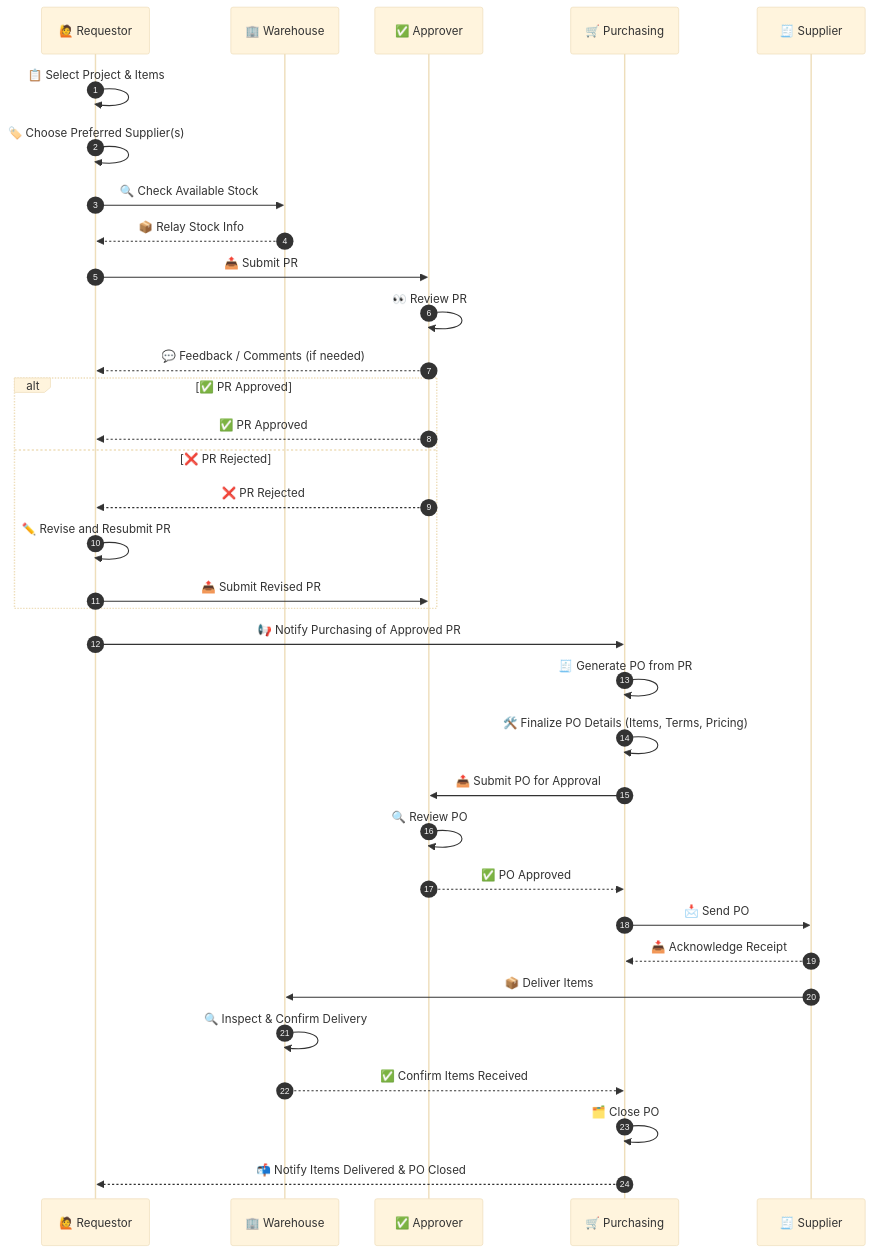
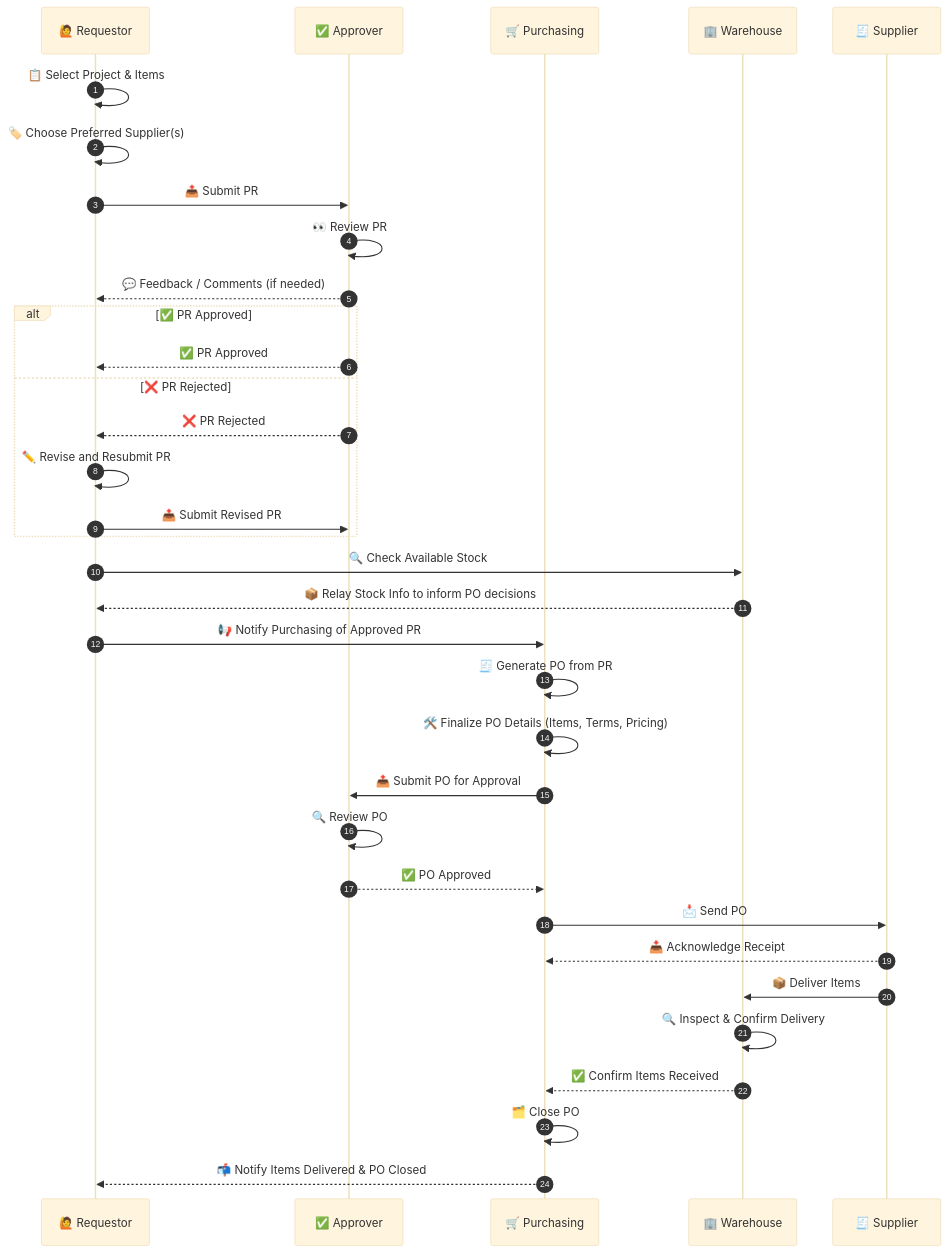
The first of 17 diagrams in DOCS.md (PERSEUS-1337/JBCPurchasingSystem), drawn with Mermaid (base theme) before and after one commit. The commit also changed other lines of this file and 13 other files, not shown here.

````diff
--- a/DOCS.md
+++ b/DOCS.md
@@ -21,46 +25,46 @@
 ```mermaid
 sequenceDiagram
     autonumber
     participant 🙋 Requestor
-    participant 🏢 Warehouse
     participant ✅ Approver
     participant 🛒 Purchasing
+    participant 🏢 Warehouse
     participant 🧾 Supplier
 
     %% 📌 PR CREATION
     🙋 Requestor->>🙋 Requestor: 📋 Select Project & Items
     🙋 Requestor->>🙋 Requestor: 🏷️ Choose Preferred Supplier(s)
-    🙋 Requestor->>🏢 Warehouse: 🔍 Check Available Stock
-    🏢 Warehouse-->>🙋 Requestor: 📦 Relay Stock Info
 
     🙋 Requestor->>✅ Approver: 📤 Submit PR
     ✅ Approver->>✅ Approver: 👀 Review PR
     ✅ Approver-->>🙋 Requestor: 💬 Feedback / Comments (if needed)
 
     alt ✅ PR Approved
         ✅ Approver-->>🙋 Requestor: ✅ PR Approved
     else ❌ PR Rejected
         ✅ Approver-->>🙋 Requestor: ❌ PR Rejected
         🙋 Requestor->>🙋 Requestor: ✏️ Revise and Resubmit PR
         🙋 Requestor->>✅ Approver: 📤 Submit Revised PR
     end
 
     %% 📝 PO CREATION
+    🙋 Requestor->>🏢 Warehouse: 🔍 Check Available Stock
+    🏢 Warehouse-->>🙋 Requestor: 📦 Relay Stock Info to inform PO decisions
     🙋 Requestor->>🛒 Purchasing: 📢 Notify Purchasing of Approved PR
     🛒 Purchasing->>🛒 Purchasing: 🧾 Generate PO from PR
     🛒 Purchasing->>🛒 Purchasing: 🛠️ Finalize PO Details (Items, Terms, Pricing)
     🛒 Purchasing->>✅ Approver: 📤 Submit PO for Approval
     ✅ Approver->>✅ Approver: 🔍 Review PO
     ✅ Approver-->>🛒 Purchasing: ✅ PO Approved
 
     %% 🚚 SUPPLIER PROCESS
     🛒 Purchasing->>🧾 Supplier: 📩 Send PO
     🧾 Supplier-->>🛒 Purchasing: 📥 Acknowledge Receipt
     🧾 Supplier->>🏢 Warehouse: 📦 Deliver Items
 
     %% 📦 RECEIVING & CLOSURE
     🏢 Warehouse->>🏢 Warehouse: 🔍 Inspect & Confirm Delivery
     🏢 Warehouse-->>🛒 Purchasing: ✅ Confirm Items Received
     🛒 Purchasing->>🛒 Purchasing: 🗂️ Close PO
     🛒 Purchasing-->>🙋 Requestor: 📬 Notify Items Delivered & PO Closed
 ```
````
